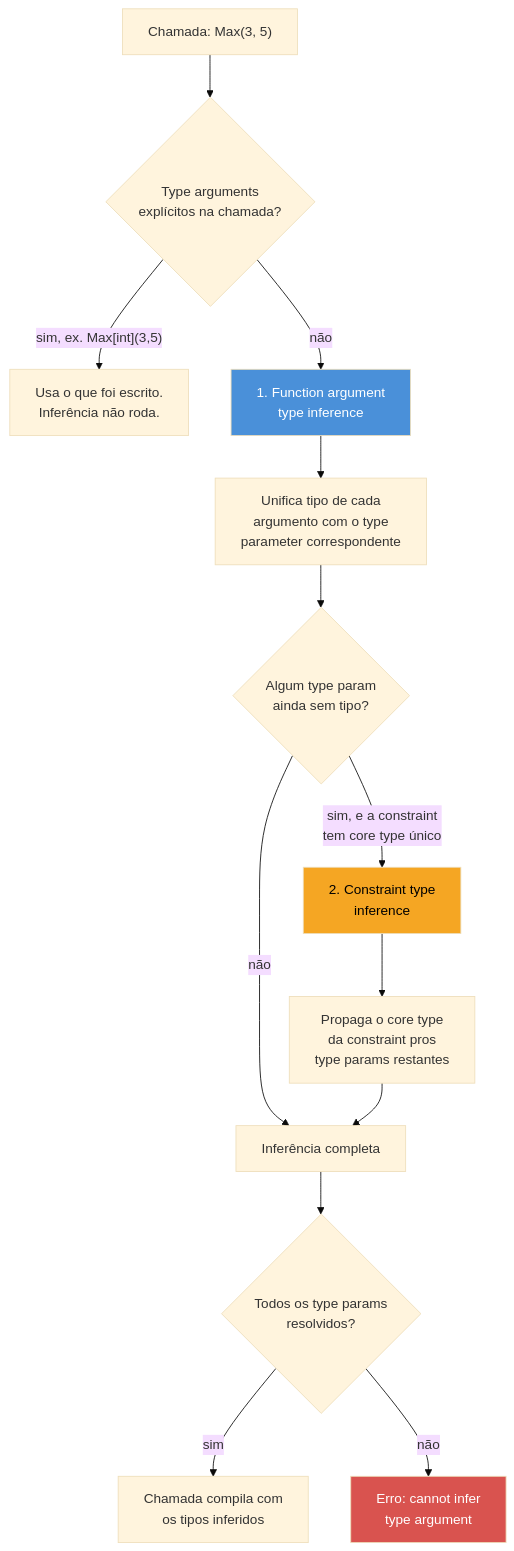
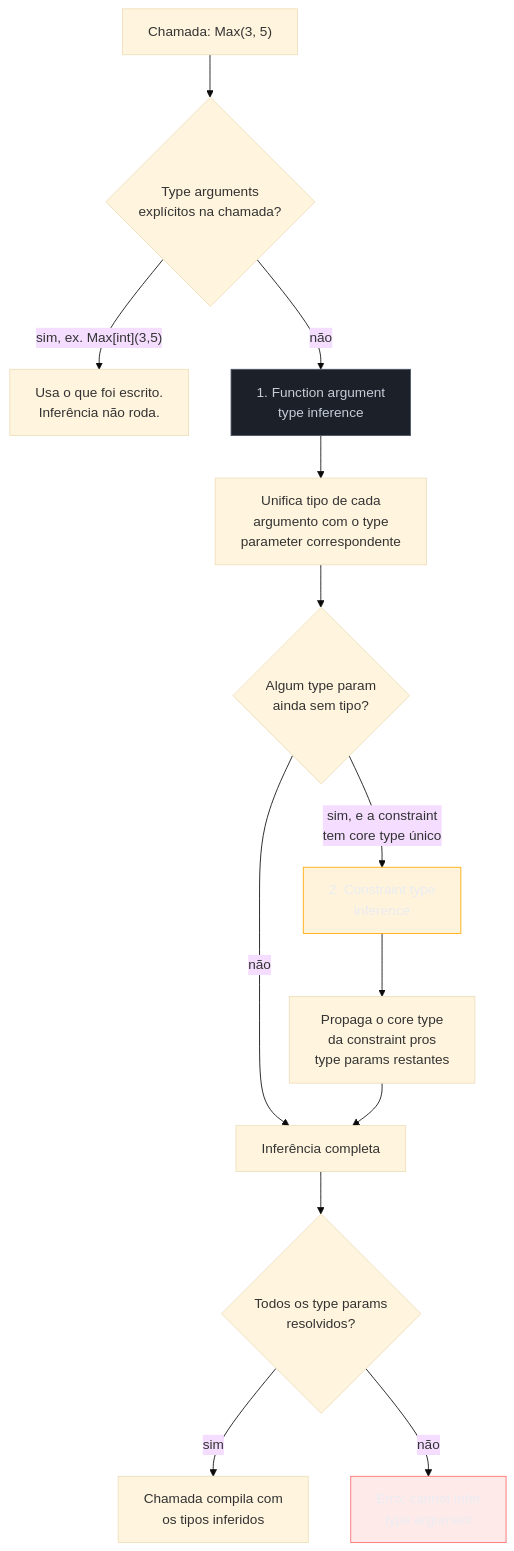
One commit to josenaldo/codex-technomanticus changed the diagram in 03-Dominios/Tecnologia/Go/06 - Generics/05 - Type inference.md. Above: the diagram before and after it, drawn with Mermaid (base theme). The commit also changed 1181 other files, not shown here.

First line of the commit message:
fix(diagramas): paleta do sistema no lugar de cor cravada no markdown

````diff
--- a/03-Dominios/Tecnologia/Go/06 - Generics/05 - Type inference.md
+++ b/03-Dominios/Tecnologia/Go/06 - Generics/05 - Type inference.md
@@ -66,19 +66,22 @@
 ```mermaid
 flowchart TB
+    classDef neutro fill:#1B2029,stroke:#4E5666,color:#C6CCD8
+    classDef destaque fill:#FFAA0024,stroke:#FFAA00,color:#E9ECF2
+    classDef falha fill:#FF6B6B24,stroke:#FF6B6B,color:#E9ECF2
     A["Chamada: Max(3, 5)"] --> B{"Type arguments\nexplícitos na chamada?"}
     B -->|"sim, ex. Max[int](3,5)"| Z["Usa o que foi escrito.\nInferência não roda."]
     B -->|"não"| C["1. Function argument\ntype inference"]
     C --> D["Unifica tipo de cada\nargumento com o type\nparameter correspondente"]
     D --> E{"Algum type param\nainda sem tipo?"}
     E -->|"sim, e a constraint\ntem core type único"| F["2. Constraint type\ninference"]
     F --> G["Propaga o core type\nda constraint pros\ntype params restantes"]
     E -->|"não"| H["Inferência completa"]
     G --> H
     H --> I{"Todos os type params\nresolvidos?"}
     I -->|"sim"| J["Chamada compila com\nos tipos inferidos"]
     I -->|"não"| K["Erro: cannot infer\ntype argument"]
 
-    style C fill:#4A90D9,color:#fff
-    style F fill:#F5A623,color:#000
-    style K fill:#D9534F,color:#fff
+    class C neutro
+    class F destaque
+    class K falha
 ```
````
